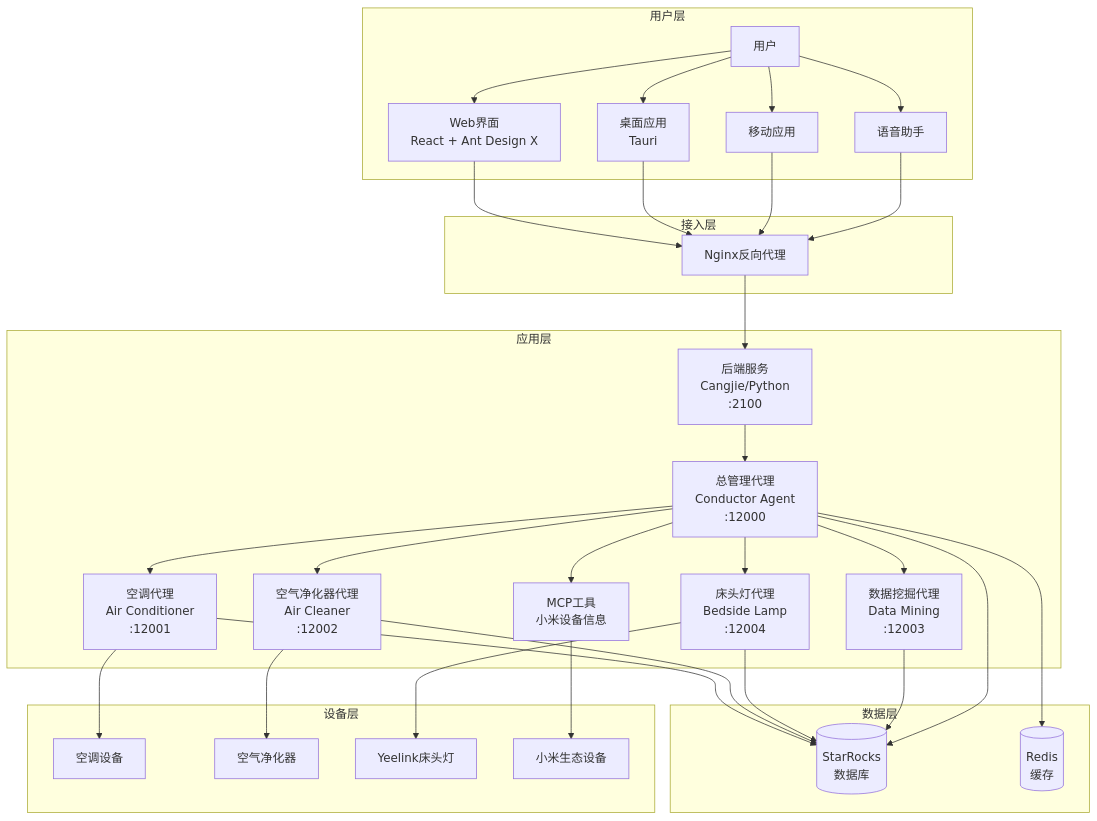
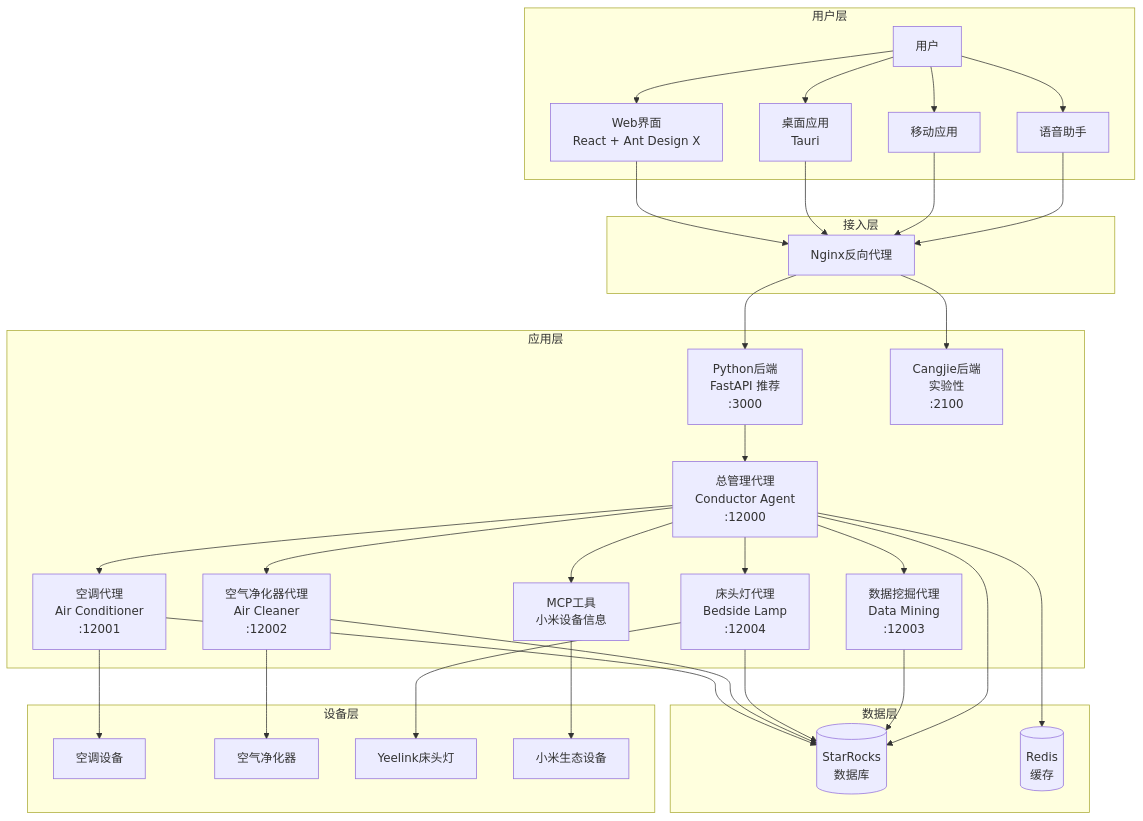
One commit to xiaoguos/smart-home-multi-agent-collaboration-system changed the diagram in README.md. Above: the diagram before and after it, drawn with Mermaid. The commit also changed other lines of this file and 1 other file, not shown here.

````diff
--- a/README.md
+++ b/README.md
@@ -61,42 +64,43 @@
 ```mermaid
 graph TB
     subgraph "用户层"
         U[用户] --> W[Web界面<br/>React + Ant Design X]
         U --> D[桌面应用<br/>Tauri]
         U --> M[移动应用]
         U --> V[语音助手]
     end
     
     subgraph "接入层"
         W --> N[Nginx反向代理]
         D --> N
         M --> N
         V --> N
     end
     
     subgraph "应用层"
-        N --> B[后端服务<br/>Cangjie/Python<br/>:2100]
-        B --> C[总管理代理<br/>Conductor Agent<br/>:12000]
+        N --> BP[Python后端<br/>FastAPI 推荐<br/>:3000]
+        N --> BC[Cangjie后端<br/>实验性<br/>:2100]
+        BP --> C[总管理代理<br/>Conductor Agent<br/>:12000]
         C --> AC[空调代理<br/>Air Conditioner<br/>:12001]
         C --> ALC[空气净化器代理<br/>Air Cleaner<br/>:12002]
         C --> BL[床头灯代理<br/>Bedside Lamp<br/>:12004]
         C --> DM[数据挖掘代理<br/>Data Mining<br/>:12003]
         C --> MCP[MCP工具<br/>小米设备信息]
     end
     
     subgraph "数据层"
         AC --> DB[(StarRocks<br/>数据库)]
         ALC --> DB
         BL --> DB
         DM --> DB
         C --> DB
         C --> R[(Redis<br/>缓存)]
     end
     
     subgraph "设备层"
         AC --> D1[空调设备]
         ALC --> D2[空气净化器]
         BL --> D3[Yeelink床头灯]
         MCP --> D4[小米生态设备]
     end
 ```
````
